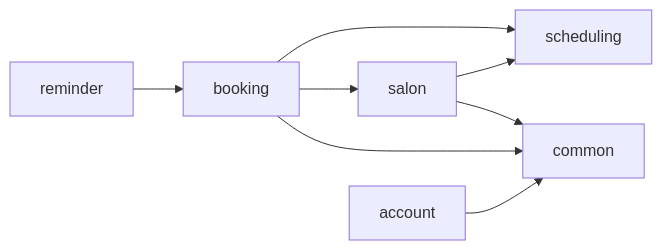
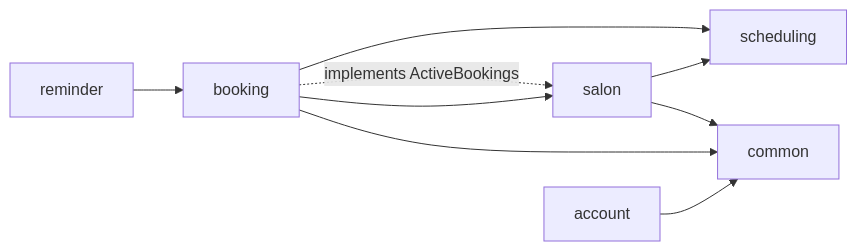
One commit to afunemma/salon-booking-api changed the second of 4 diagrams in README.md. Above: the diagram before and after it, drawn with Mermaid. The commit also changed other lines of this file and 16 other files, not shown here.

````diff
--- a/README.md
+++ b/README.md
@@ -86,9 +86,10 @@
 ```mermaid
 flowchart LR
     reminder --> booking
     booking --> salon --> scheduling
     booking --> scheduling
     account --> common
     booking --> common
     salon --> common
+    booking -. "implements ActiveBookings" .-> salon
 ```
````
